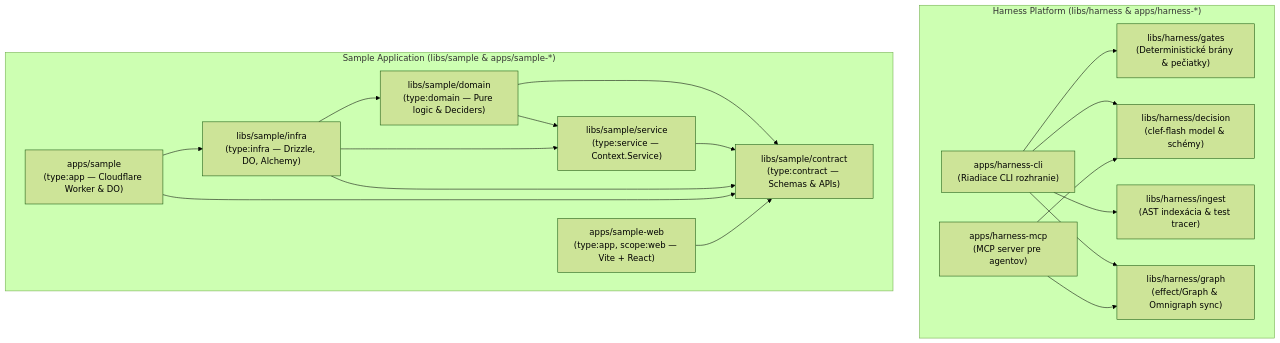
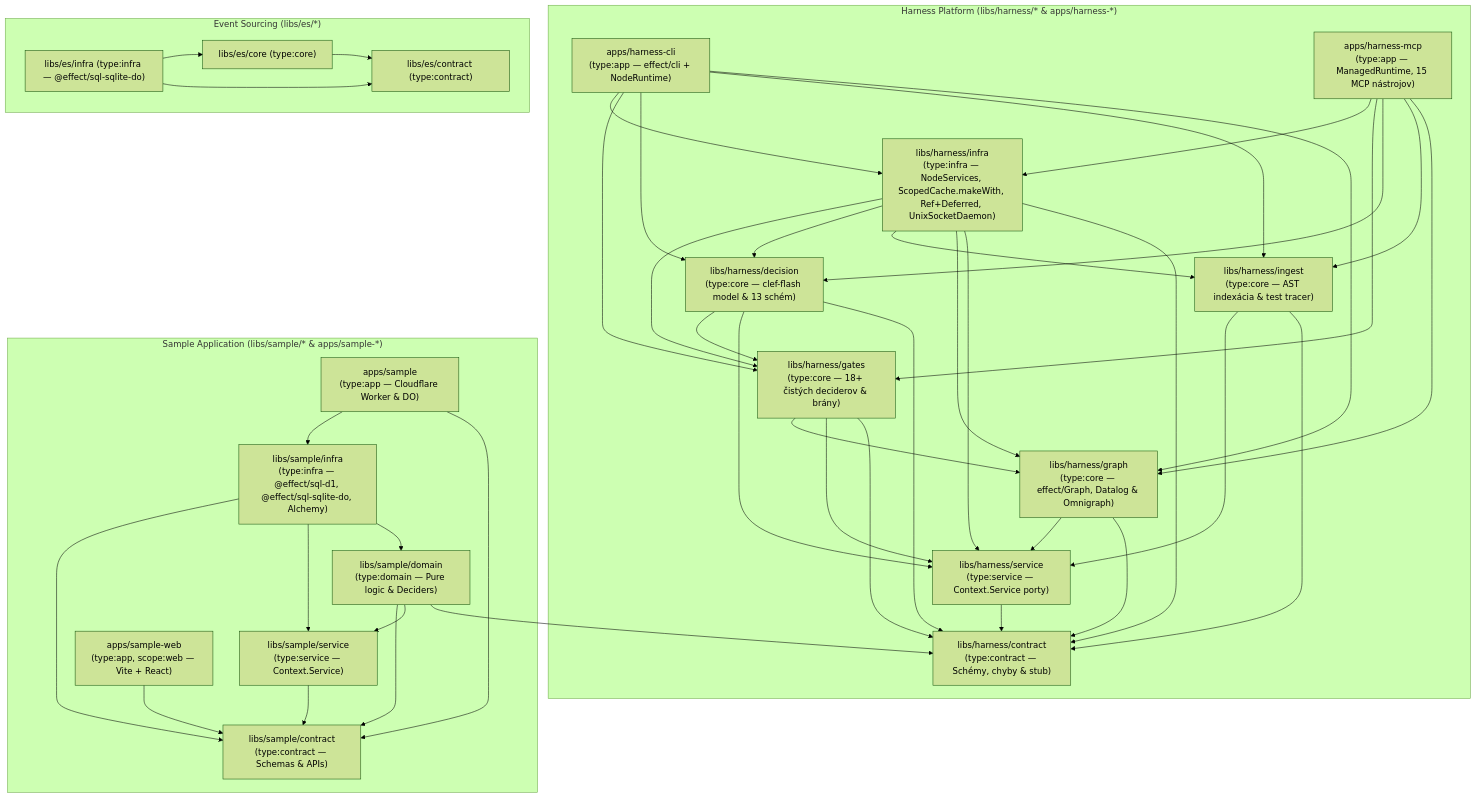
Before and after one commit to selmeci/effect-ts-harness: the first of 5 diagrams in docs/architecture-and-workflow.md, drawn with Mermaid (forest theme). The commit also changed other lines of this file and 147 other files, not shown here.

````diff
--- a/docs/architecture-and-workflow.md
+++ b/docs/architecture-and-workflow.md
@@ -27,38 +27,47 @@
 ```mermaid
 graph TD
-    subgraph "Harness Platform (libs/harness & apps/harness-*)"
-        CLI["apps/harness-cli<br/>(Riadiace CLI rozhranie)"]
-        MCP["apps/harness-mcp<br/>(MCP server pre agentov)"]
-        GATES["libs/harness/gates<br/>(Deterministické brány & pečiatky)"]
-        DECISION["libs/harness/decision<br/>(clef-flash model & schémy)"]
-        INGEST["libs/harness/ingest<br/>(AST indexácia & test tracer)"]
-        GRAPH["libs/harness/graph<br/>(effect/Graph & Omnigraph sync)"]
+    subgraph "Harness Platform (libs/harness/* & apps/harness-*)"
+        CLI["apps/harness-cli<br/>(type:app — effect/cli + NodeRuntime)"]
+        MCP["apps/harness-mcp<br/>(type:app — ManagedRuntime, 15 MCP nástrojov)"]
+        H_INFRA["libs/harness/infra<br/>(type:infra — NodeServices, ScopedCache.makeWith, Ref+Deferred, UnixSocketDaemon)"]
+        GATES["libs/harness/gates<br/>(type:core — 18+ čistých deciderov & brány)"]
+        DECISION["libs/harness/decision<br/>(type:core — clef-flash model & 13 schém)"]
+        INGEST["libs/harness/ingest<br/>(type:core — AST indexácia & test tracer)"]
+        GRAPH["libs/harness/graph<br/>(type:core — effect/Graph, Datalog & Omnigraph)"]
+        H_SVC["libs/harness/service<br/>(type:service — Context.Service porty)"]
+        H_CON["libs/harness/contract<br/>(type:contract — Schémy, chyby & stub)"]
     end
 
-    subgraph "Sample Application (libs/sample & apps/sample-*)"
+    subgraph "Event Sourcing (libs/es/*)"
+        ES_CON["libs/es/contract (type:contract)"]
+        ES_CORE["libs/es/core (type:core)"]
+        ES_INFRA["libs/es/infra (type:infra — @effect/sql-sqlite-do)"]
+    end
+
+    subgraph "Sample Application (libs/sample/* & apps/sample-*)"
         CONTRACT["libs/sample/contract<br/>(type:contract — Schemas & APIs)"]
         SERVICE["libs/sample/service<br/>(type:service — Context.Service)"]
         DOMAIN["libs/sample/domain<br/>(type:domain — Pure logic & Deciders)"]
-        INFRA["libs/sample/infra<br/>(type:infra — Drizzle, DO, Alchemy)"]
+        INFRA["libs/sample/infra<br/>(type:infra — @effect/sql-d1, @effect/sql-sqlite-do, Alchemy)"]
         APP["apps/sample<br/>(type:app — Cloudflare Worker & DO)"]
         WEB["apps/sample-web<br/>(type:app, scope:web — Vite + React)"]
     end
 
-    CLI --> GATES
-    CLI --> DECISION
-    CLI --> INGEST
-    CLI --> GRAPH
+    CLI --> H_INFRA & GATES & DECISION & INGEST & GRAPH
+    MCP --> H_INFRA & GATES & DECISION & INGEST & GRAPH
+    H_INFRA --> GATES & DECISION & INGEST & GRAPH & H_SVC & H_CON
+    GATES --> GRAPH & H_SVC & H_CON
+    DECISION --> GATES & H_SVC & H_CON
+    INGEST --> H_SVC & H_CON
+    GRAPH --> H_SVC & H_CON
+    H_SVC --> H_CON
 
-    MCP --> GRAPH
-    MCP --> DECISION
+    ES_CORE --> ES_CON
+    ES_INFRA --> ES_CORE & ES_CON
 
-    DOMAIN --> CONTRACT
-    DOMAIN --> SERVICE
+    DOMAIN --> CONTRACT & SERVICE & H_CON
     SERVICE --> CONTRACT
-    INFRA --> CONTRACT
-    INFRA --> SERVICE
-    INFRA --> DOMAIN
-    APP --> INFRA
-    APP --> CONTRACT
+    INFRA --> CONTRACT & SERVICE & DOMAIN
+    APP --> INFRA & CONTRACT
     WEB --> CONTRACT
 ```
````
